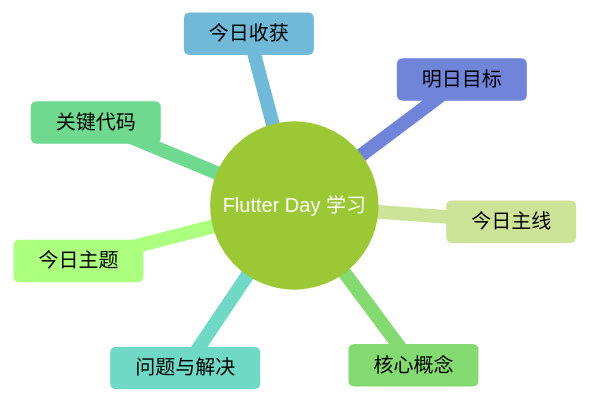
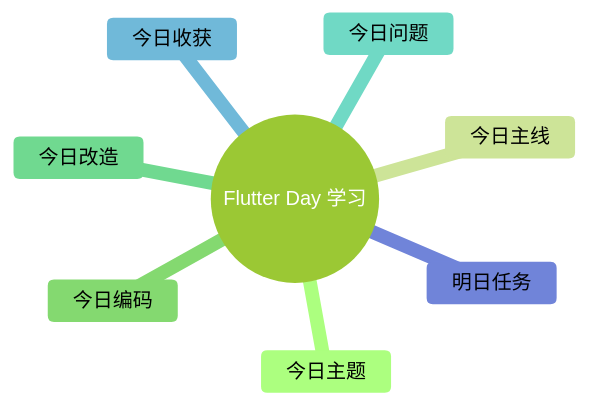
Before and after one commit to yhsy/flutter-vibeCoding: the diagram in docs/Flutter学习每日模板_Obsidian.md, drawn with Mermaid (forest theme). The commit also changed other lines of this file and 6 other files, not shown here.

````diff
--- a/docs/Flutter学习每日模板_Obsidian.md
+++ b/docs/Flutter学习每日模板_Obsidian.md
@@ -106,11 +89,11 @@
 ```mermaid
 mindmap
   root((Flutter Day 学习))
     今日主题
     今日主线
-    核心概念
-    关键代码
-    问题与解决
+    今日编码
+    今日改造
+    今日问题
     今日收获
-    明日目标
+    明日任务
 ```
````
